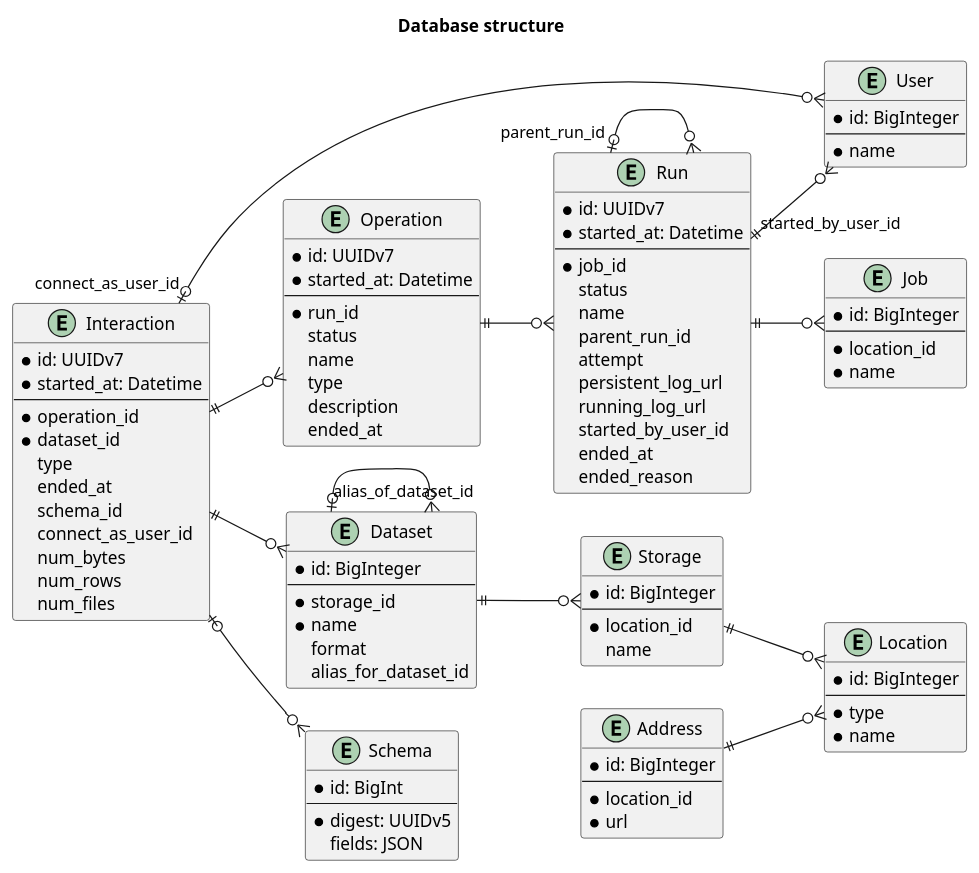
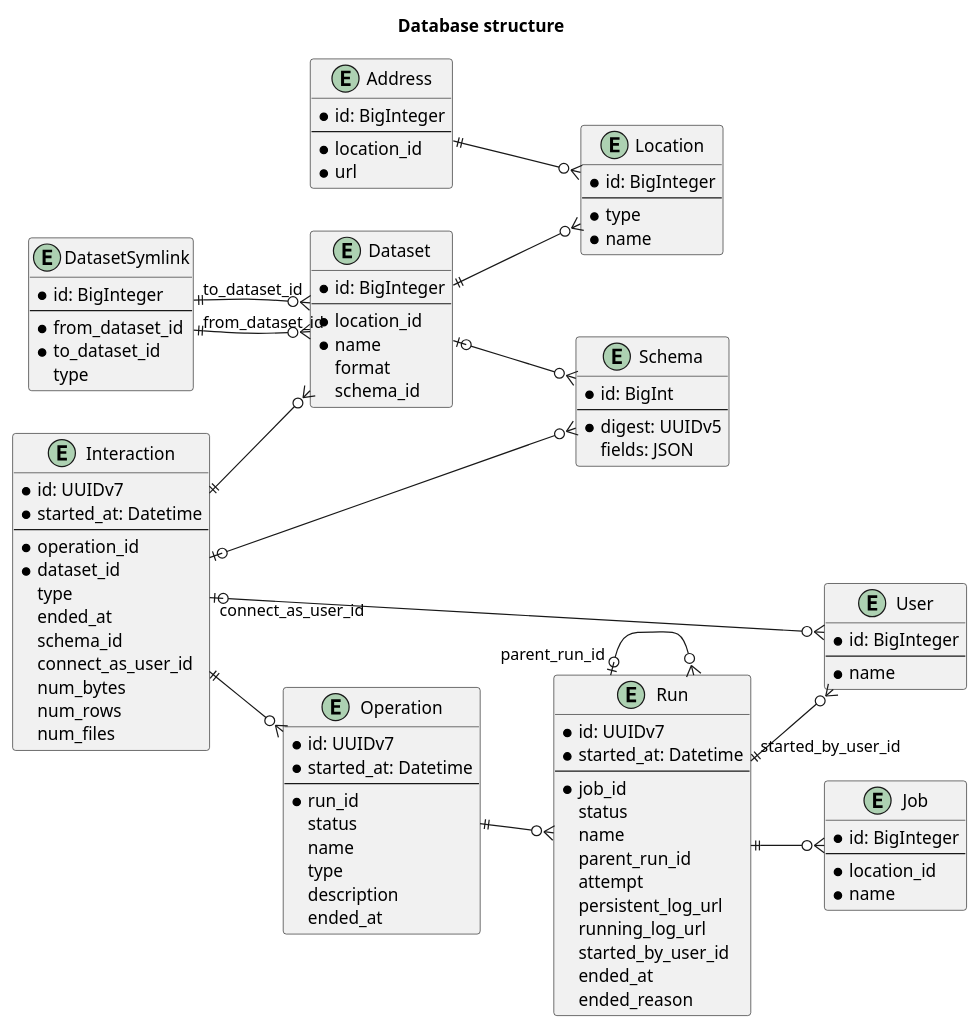
One commit to MobileTeleSystems/data-rentgen changed the diagram in data_rentgen/db/models/README.rst. Above: the diagram before and after it, drawn with PlantUML. The commit also changed 27 other files, not shown here.

```diff
--- a/data_rentgen/db/models/README.rst
+++ b/data_rentgen/db/models/README.rst
@@ -30,20 +30,21 @@
         * name
     }
 
-    entity Storage {
+    entity Dataset {
         * id: BigInteger
         ----
         * location_id
-        name
+        * name
+        format
+        schema_id
     }
 
-    entity Dataset {
+    entity DatasetSymlink {
         * id: BigInteger
         ----
-        * storage_id
-        * name
-        format
-        alias_for_dataset_id
+        * from_dataset_id
+        * to_dataset_id
+        type
     }
 
     entity Job {
@@ -104,10 +105,12 @@
     }
 
     Address ||--o{ Location
-    Storage ||--o{ Location
 
-    Dataset ||--o{ Storage
-    Dataset "alias_of_dataset_id" |o--o{ Dataset
+    Dataset ||--o{ Location
+    Dataset |o--o{ Schema
+
+    DatasetSymlink "from_dataset_id" ||--o{ Dataset
+    DatasetSymlink "to_dataset_id" ||--o{ Dataset
 
     Run ||--o{ Job
     Run "started_by_user_id" ||--o{ User
```
